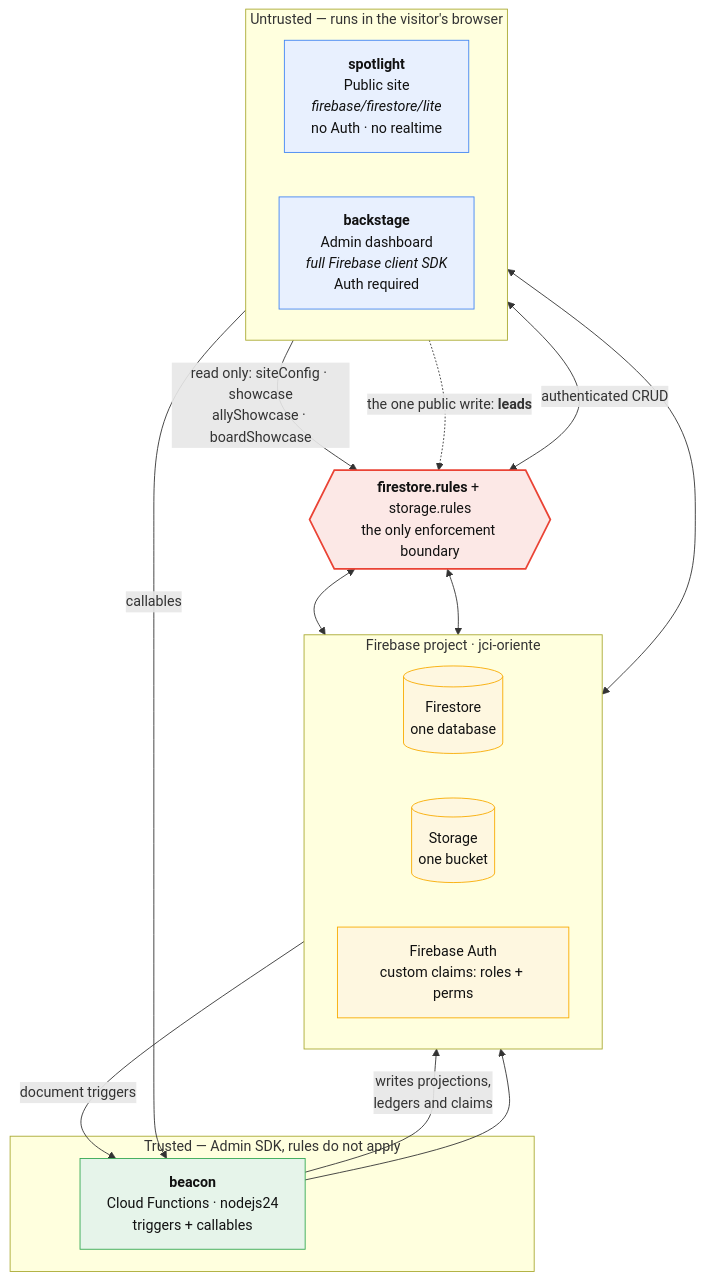
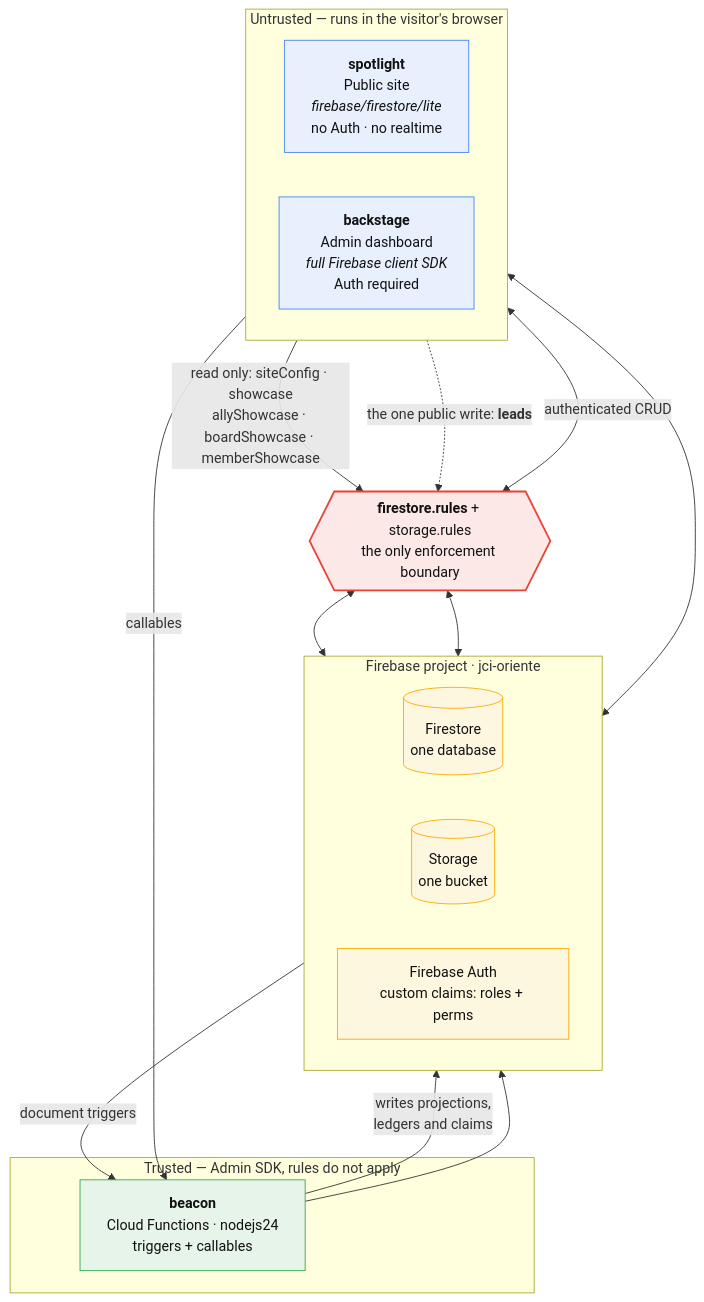
One commit to JCIOriente/luminova changed the first of 5 diagrams in docs/architecture.md. Above: the diagram before and after it, drawn with Mermaid. The commit also changed other lines of this file and 12 other files, not shown here.

````diff
--- a/docs/architecture.md
+++ b/docs/architecture.md
@@ -5,49 +5,49 @@
 ```mermaid
 %% Luminova / JCI Oriente — container diagram
 %% The split is the trust boundary: everything above the rules membrane runs in a
 %% browser the chapter does not control. Everything below runs with the Admin SDK
 %% and bypasses rules entirely.
 %% Source of truth: docs/architecture.md
 
 flowchart TB
     subgraph untrusted["Untrusted — runs in the visitor's browser"]
         direction LR
         spotlight["<b>spotlight</b><br/>Public site<br/><i>firebase/firestore/lite</i><br/>no Auth · no realtime"]
         backstage["<b>backstage</b><br/>Admin dashboard<br/><i>full Firebase client SDK</i><br/>Auth required"]
     end
 
     rules{{"<b>firestore.rules</b> + storage.rules<br/>the only enforcement boundary"}}
 
     subgraph data["Firebase project · jci-oriente"]
         direction LR
         firestore[("Firestore<br/>one database")]
         storage[("Storage<br/>one bucket")]
         fbauth["Firebase Auth<br/>custom claims: roles + perms"]
     end
 
     subgraph trusted["Trusted — Admin SDK, rules do not apply"]
         beacon["<b>beacon</b><br/>Cloud Functions · nodejs24<br/>triggers + callables"]
     end
 
-    spotlight -->|"read only: siteConfig · showcase<br/>allyShowcase · boardShowcase"| rules
+    spotlight -->|"read only: siteConfig · showcase<br/>allyShowcase · boardShowcase · memberShowcase"| rules
     spotlight -.->|"the one public write: <b>leads</b>"| rules
     backstage <-->|"authenticated CRUD"| rules
 
     rules <--> firestore
     rules <--> storage
     backstage <--> fbauth
 
     firestore -->|"document triggers"| beacon
     backstage -->|"callables"| beacon
     beacon -->|"writes projections,<br/>ledgers and claims"| firestore
     beacon --> fbauth
 
     classDef client fill:#e8f0fe,stroke:#4285f4,stroke-width:1px,color:#111
     classDef server fill:#e6f4ea,stroke:#34a853,stroke-width:1px,color:#111
     classDef store fill:#fef7e0,stroke:#f9ab00,stroke-width:1px,color:#111
     classDef boundary fill:#fce8e6,stroke:#ea4335,stroke-width:2px,color:#111
     class spotlight,backstage client
     class beacon server
     class firestore,storage,fbauth store
     class rules boundary
 ```
````
